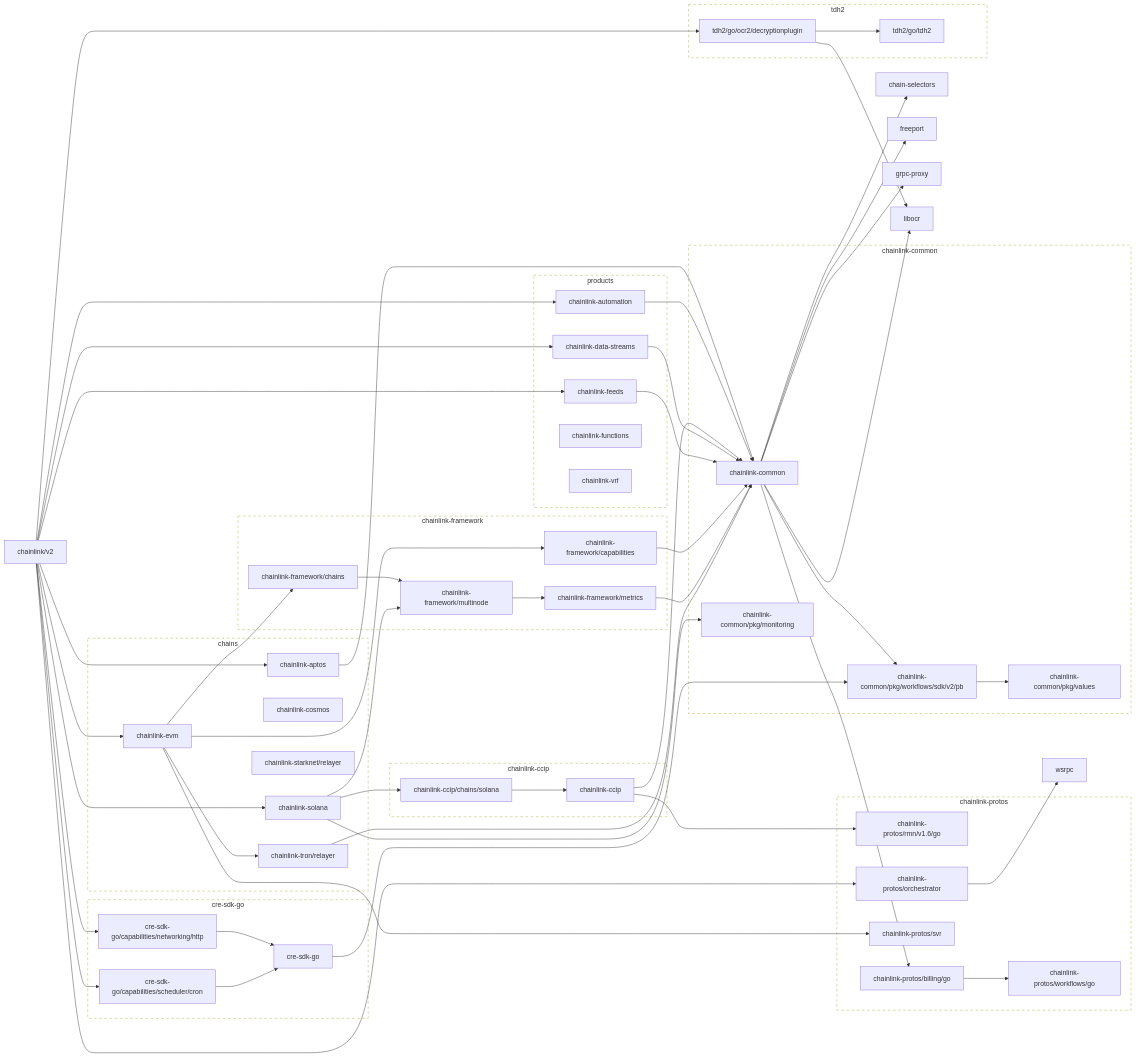
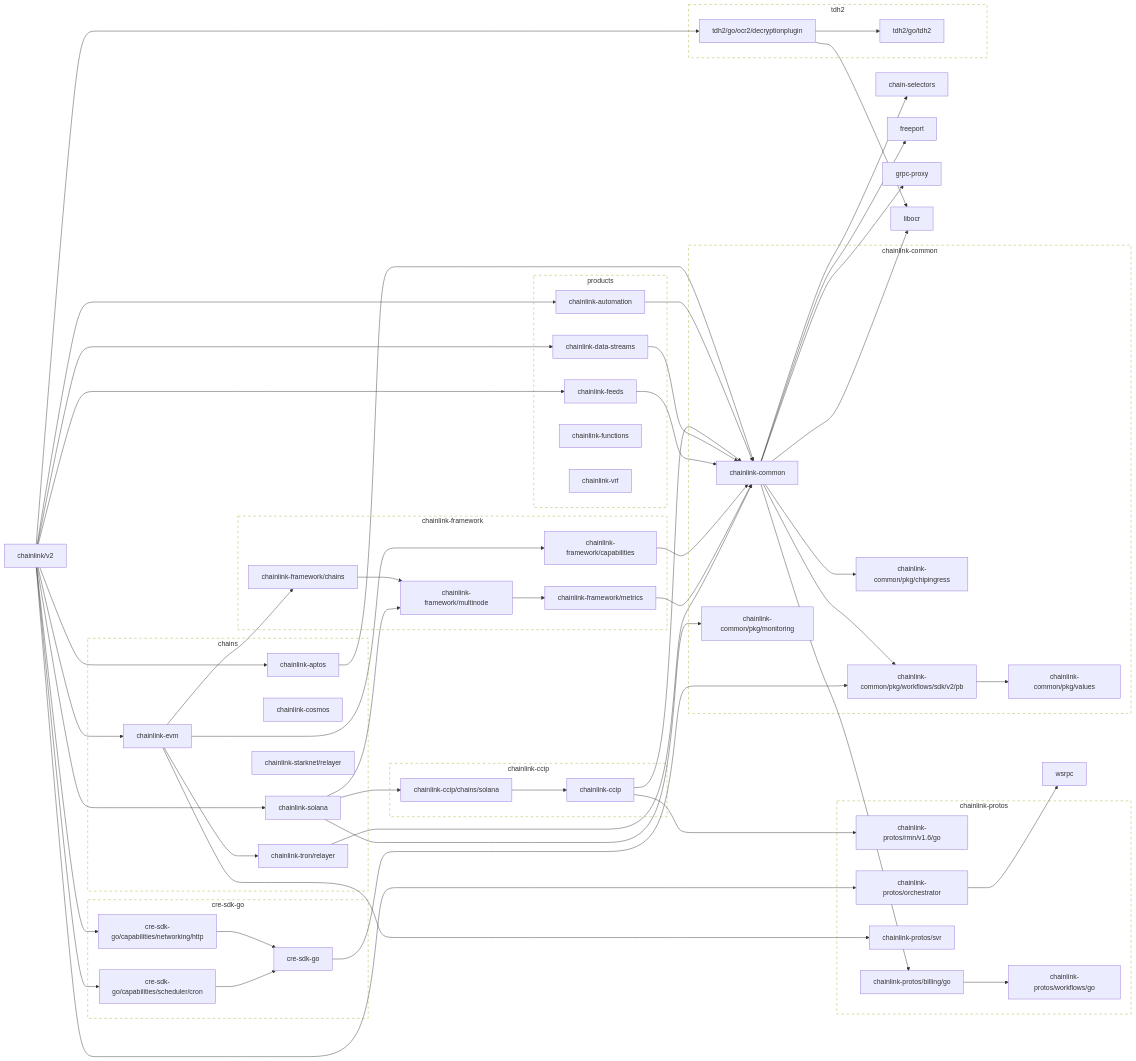
Before and after one commit to JohnDaWalka/chainlink: the first of 2 diagrams in go.md, drawn with Mermaid. The commit also changed other lines of this file and 16 other files, not shown here.

```diff
--- a/go.md
+++ b/go.md
@@ -34,12 +34,15 @@
 	chainlink-ccip/chains/solana --> chainlink-ccip
 	click chainlink-ccip/chains/solana href "https://github.com/smartcontractkit/chainlink-ccip"
 	chainlink-common --> chain-selectors
+	chainlink-common --> chainlink-common/pkg/chipingress
 	chainlink-common --> chainlink-common/pkg/workflows/sdk/v2/pb
 	chainlink-common --> chainlink-protos/billing/go
 	chainlink-common --> freeport
 	chainlink-common --> grpc-proxy
 	chainlink-common --> libocr
 	click chainlink-common href "https://github.com/smartcontractkit/chainlink-common"
+	chainlink-common/pkg/chipingress
+	click chainlink-common/pkg/chipingress href "https://github.com/smartcontractkit/chainlink-common"
 	chainlink-common/pkg/monitoring
 	click chainlink-common/pkg/monitoring href "https://github.com/smartcontractkit/chainlink-common"
 	chainlink-common/pkg/values
@@ -118,6 +121,7 @@
 
 	subgraph chainlink-common-repo[chainlink-common]
 		 chainlink-common
+		 chainlink-common/pkg/chipingress
 		 chainlink-common/pkg/monitoring
 		 chainlink-common/pkg/values
 		 chainlink-common/pkg/workflows/sdk/v2/pb
```
